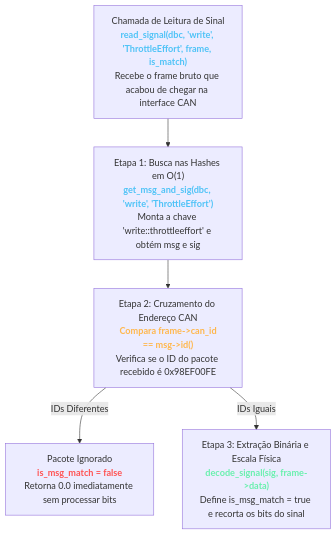
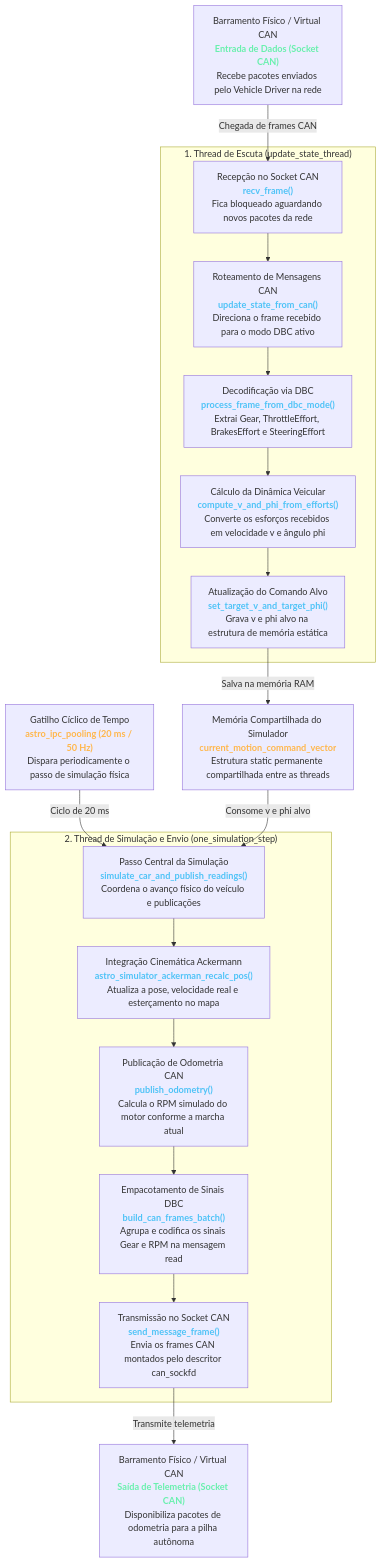
Before and after one commit to BrenoCSilva/lume: the diagram in README.md, drawn with Mermaid. The commit also changed other lines of this file, not shown here.

````diff
--- a/README.md
+++ b/README.md
@@ -135,12 +40,29 @@
 ```mermaid
 flowchart TD
-    IN["Chamada de Leitura de Sinal<br/><b style='color:#4fc3f7'>read_signal(dbc, 'write', 'ThrottleEffort', frame, is_match)</b><br/>Recebe o frame bruto que acabou de chegar na interface CAN"]
+    CAN_IN["Barramento Físico / Virtual CAN<br/><b style='color:#69f0ae'>Entrada de Dados (Socket CAN)</b><br/>Recebe pacotes enviados pelo Vehicle Driver na rede"]
 
-    IN --> STEP1["Etapa 1: Busca nas Hashes em O(1)<br/><b style='color:#4fc3f7'>get_msg_and_sig(dbc, 'write', 'ThrottleEffort')</b><br/>Monta a chave 'write::throttleeffort' e obtém msg e sig"]
+    CAN_IN -->|"Chegada de frames CAN"| RECV
 
-    STEP1 --> STEP2["Etapa 2: Cruzamento do Endereço CAN<br/><b style='color:#ffb74d'> Compara frame->can_id == msg->id()</b><br/>Verifica se o ID do pacote recebido é 0x98EF00FE"]
+    subgraph ThreadEscuta ["1. Thread de Escuta (update_state_thread)"]
+        RECV["Recepção no Socket CAN<br/><b style='color:#4fc3f7'>recv_frame()</b><br/>Fica bloqueado aguardando novos pacotes da rede"]
+        RECV --> UPDATE["Roteamento de Mensagens CAN<br/><b style='color:#4fc3f7'>update_state_from_can()</b><br/>Direciona o frame recebido para o modo DBC ativo"]
+        UPDATE --> PROC_DBC["Decodificação via DBC<br/><b style='color:#4fc3f7'>process_frame_from_dbc_mode()</b><br/>Extrai Gear, ThrottleEffort, BrakesEffort e SteeringEffort"]
+        PROC_DBC --> CALC_DYN["Cálculo da Dinâmica Veicular<br/><b style='color:#4fc3f7'>compute_v_and_phi_from_efforts()</b><br/>Converte os esforços recebidos em velocidade v e ângulo phi"]
+        CALC_DYN --> SET_TARGET["Atualização do Comando Alvo<br/><b style='color:#4fc3f7'>set_target_v_and_target_phi()</b><br/>Grava v e phi alvo na estrutura de memória estática"]
+    end
 
-    STEP2 -->|"IDs Diferentes"| IGN["Pacote Ignorado<br/><b style='color:#ff5252'>is_msg_match = false</b><br/>Retorna 0.0 imediatamente sem processar bits"]
+    SET_TARGET -->|"Salva na memória RAM"| MEM["Memória Compartilhada do Simulador<br/><b style='color:#ffb74d'>current_motion_command_vector</b><br/>Estrutura static permanente compartilhada entre as threads"]
 
-    STEP2 -->|"IDs Iguais"| STEP3["Etapa 3: Extração Binária e Escala Física<br/><b style='color:#69f0ae'>decode_signal(sig, frame->data)</b><br/>Define is_msg_match = true e recorta os bits do sinal"]
+    TIMER["Gatilho Cíclico de Tempo<br/><b style='color:#ffb74d'>astro_ipc_pooling (20 ms / 50 Hz)</b><br/>Dispara periodicamente o passo de simulação física"] -->|"Ciclo de 20 ms"| SIM_STEP
+    MEM -->|"Consome v e phi alvo"| SIM_STEP
+
+    subgraph ThreadSimulacao ["2. Thread de Simulação e Envio (one_simulation_step)"]
+        SIM_STEP["Passo Central da Simulação<br/><b style='color:#4fc3f7'>simulate_car_and_publish_readings()</b><br/>Coordena o avanço físico do veículo e publicações"]
+        SIM_STEP --> RECALC["Integração Cinemática Ackermann<br/><b style='color:#4fc3f7'>astro_simulator_ackerman_recalc_pos()</b><br/>Atualiza a pose, velocidade real e esterçamento no mapa"]
+        RECALC --> PUB_ODO["Publicação de Odometria CAN<br/><b style='color:#4fc3f7'>publish_odometry()</b><br/>Calcula o RPM simulado do motor conforme a marcha atual"]
+        PUB_ODO --> BATCH["Empacotamento de Sinais DBC<br/><b style='color:#4fc3f7'>build_can_frames_batch()</b><br/>Agrupa e codifica os sinais Gear e RPM na mensagem read"]
+        BATCH --> SEND["Transmissão no Socket CAN<br/><b style='color:#4fc3f7'>send_message_frame()</b><br/>Envia os frames CAN montados pelo descritor can_sockfd"]
+    end
+
+    SEND -->|"Transmite telemetria"| CAN_OUT["Barramento Físico / Virtual CAN<br/><b style='color:#69f0ae'>Saída de Telemetria (Socket CAN)</b><br/>Disponibiliza pacotes de odometria para a pilha autônoma"]
 ```
````
